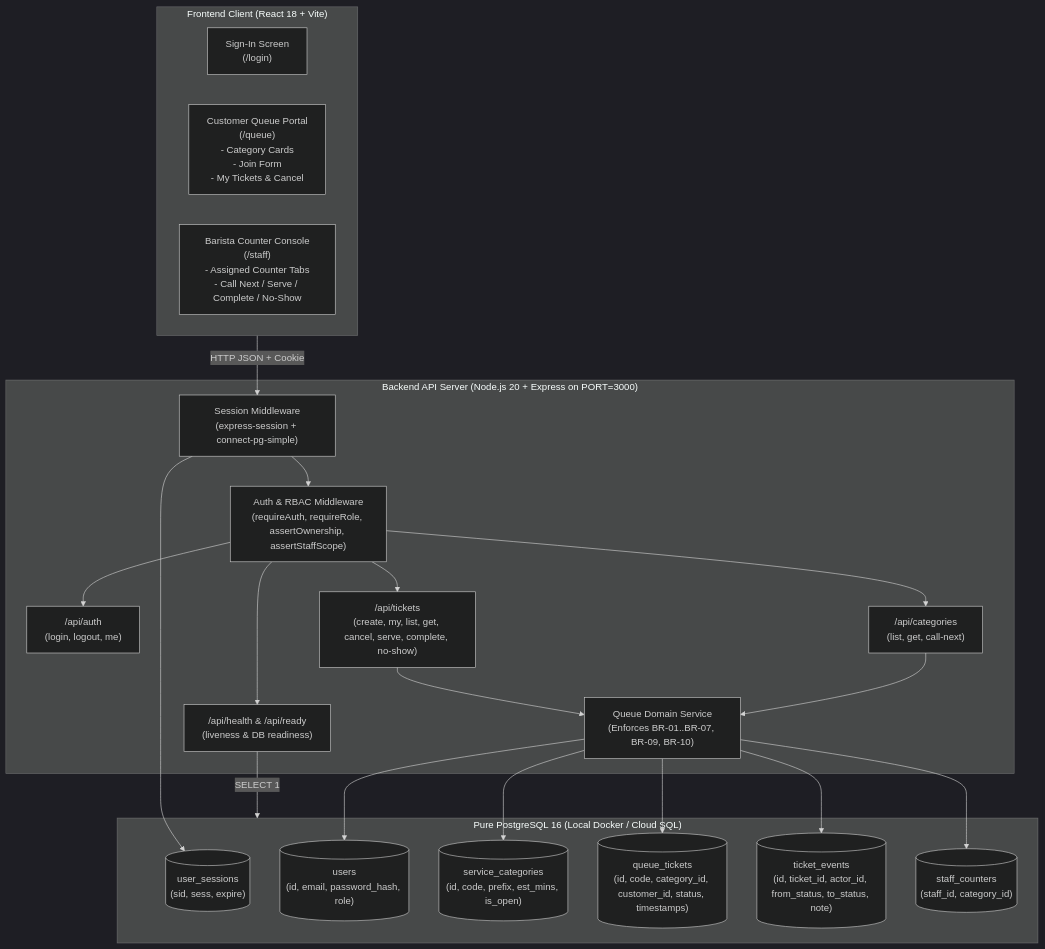
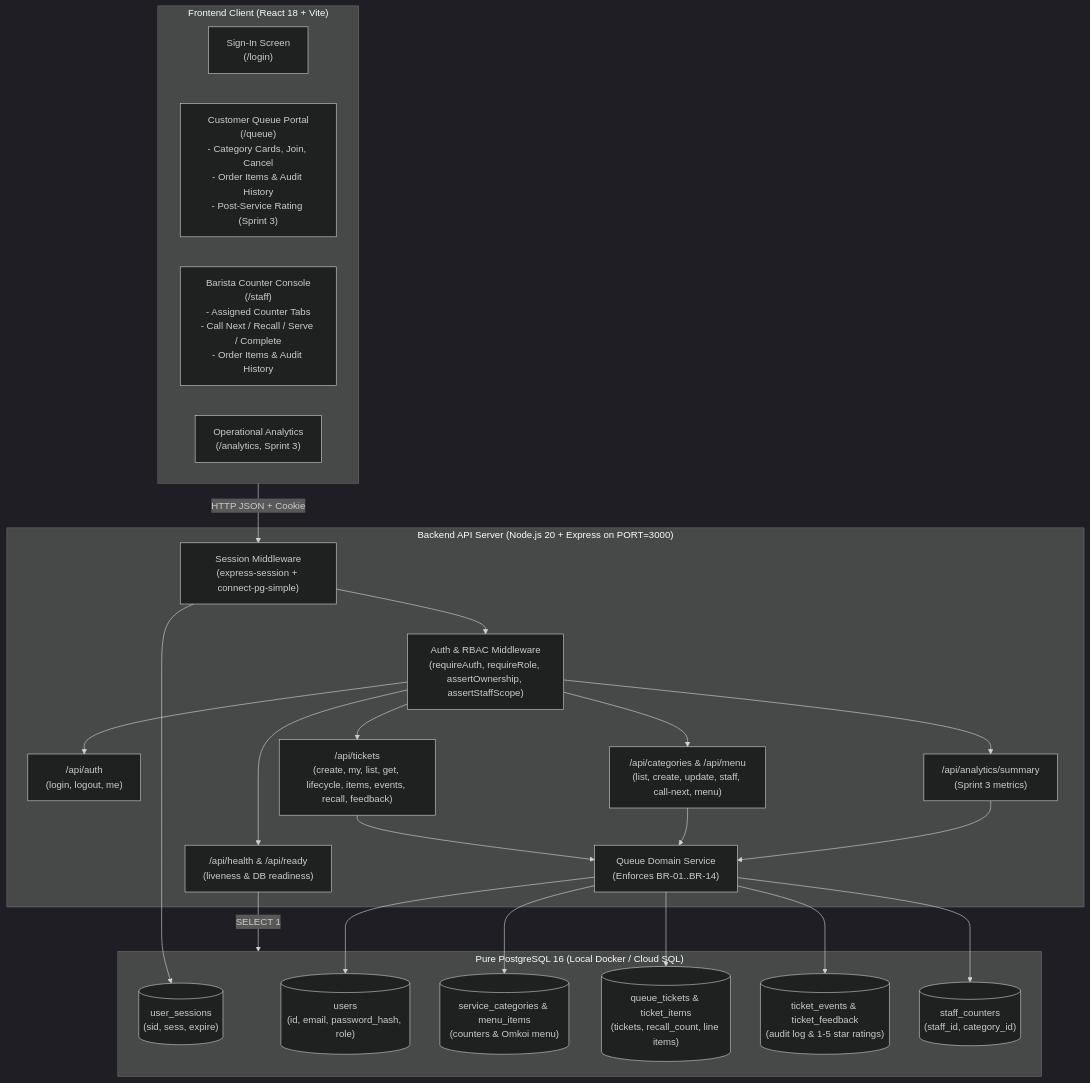
One commit to MANGKONYOK/cafe-queue-services changed the first of 2 diagrams in docs/system-sds.md. Above: the diagram before and after it, drawn with Mermaid (dark theme). The commit also changed other lines of this file and 4 other files, not shown here.

````diff
--- a/docs/system-sds.md
+++ b/docs/system-sds.md
@@ -10,48 +10,52 @@
 ```mermaid
 flowchart TD
     subgraph Client["Frontend Client (React 18 + Vite)"]
         UI_Login["Sign-In Screen\n(/login)"]
-        UI_Customer["Customer Queue Portal\n(/queue)\n- Category Cards\n- Join Form\n- My Tickets & Cancel"]
-        UI_Staff["Barista Counter Console\n(/staff)\n- Assigned Counter Tabs\n- Call Next / Serve / Complete / No-Show"]
+        UI_Customer["Customer Queue Portal\n(/queue)\n- Category Cards, Join, Cancel\n- Order Items & Audit History\n- Post-Service Rating (Sprint 3)"]
+        UI_Staff["Barista Counter Console\n(/staff)\n- Assigned Counter Tabs\n- Call Next / Recall / Serve / Complete\n- Order Items & Audit History"]
+        UI_Analytics["Operational Analytics\n(/analytics, Sprint 3)"]
     end
 
     subgraph Server["Backend API Server (Node.js 20 + Express on PORT=3000)"]
         MW_Session["Session Middleware\n(express-session + connect-pg-simple)"]
         MW_Auth["Auth & RBAC Middleware\n(requireAuth, requireRole, assertOwnership, assertStaffScope)"]
         
         Router_Auth["/api/auth\n(login, logout, me)"]
-        Router_Cat["/api/categories\n(list, get, call-next)"]
-        Router_Ticket["/api/tickets\n(create, my, list, get, cancel, serve, complete, no-show)"]
+        Router_Cat["/api/categories & /api/menu\n(list, create, update, staff, call-next, menu)"]
+        Router_Ticket["/api/tickets\n(create, my, list, get, lifecycle, items, events, recall, feedback)"]
+        Router_Analytics["/api/analytics/summary\n(Sprint 3 metrics)"]
         Router_Health["/api/health & /api/ready\n(liveness & DB readiness)"]
         
-        SVC_Queue["Queue Domain Service\n(Enforces BR-01..BR-07, BR-09, BR-10)"]
+        SVC_Queue["Queue Domain Service\n(Enforces BR-01..BR-14)"]
     end
 
     subgraph Database["Pure PostgreSQL 16 (Local Docker / Cloud SQL)"]
         DB_Sessions[("user_sessions\n(sid, sess, expire)")]
         DB_Users[("users\n(id, email, password_hash, role)")]
-        DB_Categories[("service_categories\n(id, code, prefix, est_mins, is_open)")]
-        DB_Tickets[("queue_tickets\n(id, code, category_id, customer_id, status, timestamps)")]
-        DB_Events[("ticket_events\n(id, ticket_id, actor_id, from_status, to_status, note)")]
+        DB_Categories[("service_categories & menu_items\n(counters & Omkoi menu)")]
+        DB_Tickets[("queue_tickets & ticket_items\n(tickets, recall_count, line items)")]
+        DB_Events[("ticket_events & ticket_feedback\n(audit log & 1-5 star ratings)")]
         DB_Staff[("staff_counters\n(staff_id, category_id)")]
     end
 
     Client -->|HTTP JSON + Cookie| MW_Session
     MW_Session --> DB_Sessions
     MW_Session --> MW_Auth
     
     MW_Auth --> Router_Auth
     MW_Auth --> Router_Cat
     MW_Auth --> Router_Ticket
+    MW_Auth --> Router_Analytics
     MW_Auth --> Router_Health
     
     Router_Ticket --> SVC_Queue
     Router_Cat --> SVC_Queue
+    Router_Analytics --> SVC_Queue
     
     SVC_Queue --> DB_Users
     SVC_Queue --> DB_Categories
     SVC_Queue --> DB_Tickets
     SVC_Queue --> DB_Events
     SVC_Queue --> DB_Staff
     Router_Health -->|SELECT 1| Database
 ```
````
